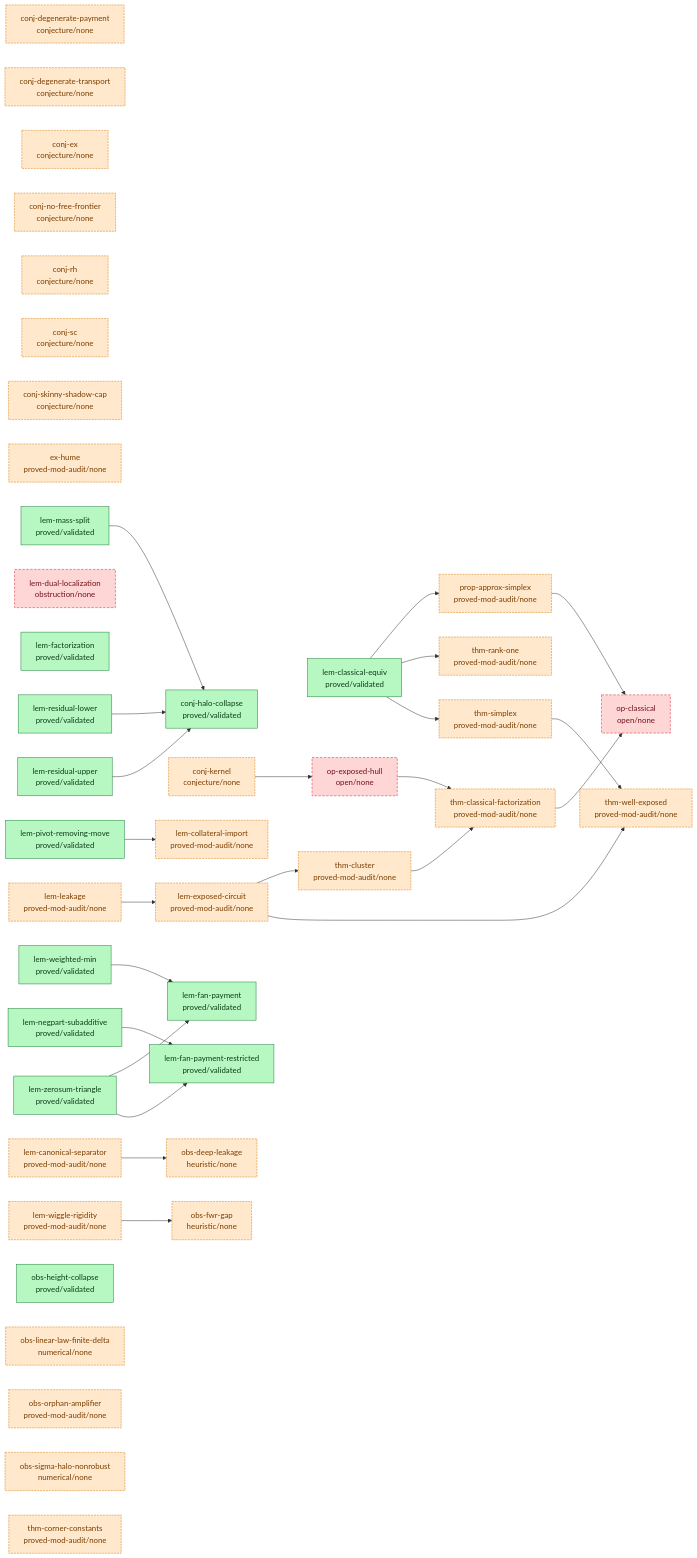
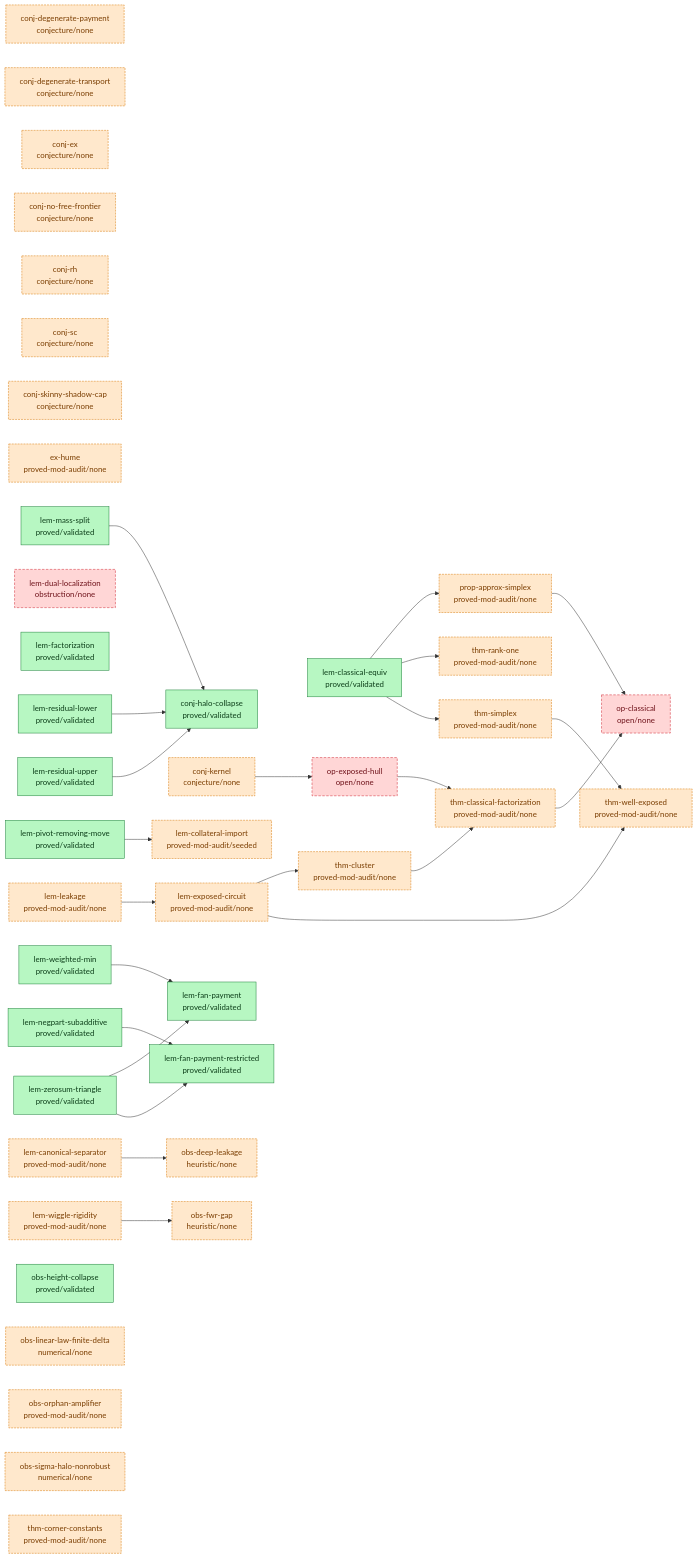
One commit to tobiasosborne/almost-idempotent-stochastic-maps changed the diagram in argument/DAG.md. Above: the diagram before and after it, drawn with Mermaid. The commit also changed 7 other files, not shown here.

First line of the commit message:
Seed af workspace for lem-collateral-import (af: none -> seeded)

````diff
--- a/argument/DAG.md
+++ b/argument/DAG.md
@@ -6,77 +6,77 @@
 ```mermaid
 graph LR
   classDef validated fill:#b7f7c2,stroke:#1a7f37,color:#0b3d18;
   classDef proved fill:#cfe3ff,stroke:#0969da,color:#0a3069;
   classDef seeded fill:#fff3c4,stroke:#bf8700,color:#5a4500;
   classDef stated fill:#eaecef,stroke:#8b949e,color:#24292f;
   classDef cited fill:#e7d6ff,stroke:#8250df,color:#3b1a73;
   classDef nonrigorous fill:#ffe8cc,stroke:#d97706,color:#7a3d00,stroke-dasharray:4 2;
   classDef open fill:#ffd6d6,stroke:#cf222e,color:#6e1119,stroke-dasharray:5 3;
   conj-degenerate-payment["conj-degenerate-payment<br/>conjecture/none"]
   conj-degenerate-transport["conj-degenerate-transport<br/>conjecture/none"]
   conj-ex["conj-ex<br/>conjecture/none"]
   conj-halo-collapse["conj-halo-collapse<br/>proved/validated"]
   conj-kernel["conj-kernel<br/>conjecture/none"]
   conj-no-free-frontier["conj-no-free-frontier<br/>conjecture/none"]
   conj-rh["conj-rh<br/>conjecture/none"]
   conj-sc["conj-sc<br/>conjecture/none"]
   conj-skinny-shadow-cap["conj-skinny-shadow-cap<br/>conjecture/none"]
   ex-hume["ex-hume<br/>proved-mod-audit/none"]
   lem-canonical-separator["lem-canonical-separator<br/>proved-mod-audit/none"]
   lem-classical-equiv["lem-classical-equiv<br/>proved/validated"]
-  lem-collateral-import["lem-collateral-import<br/>proved-mod-audit/none"]
+  lem-collateral-import["lem-collateral-import<br/>proved-mod-audit/seeded"]
   lem-dual-localization["lem-dual-localization<br/>obstruction/none"]
   lem-exposed-circuit["lem-exposed-circuit<br/>proved-mod-audit/none"]
   lem-factorization["lem-factorization<br/>proved/validated"]
   lem-fan-payment["lem-fan-payment<br/>proved/validated"]
   lem-fan-payment-restricted["lem-fan-payment-restricted<br/>proved/validated"]
   lem-leakage["lem-leakage<br/>proved-mod-audit/none"]
   lem-mass-split["lem-mass-split<br/>proved/validated"]
   lem-negpart-subadditive["lem-negpart-subadditive<br/>proved/validated"]
   lem-pivot-removing-move["lem-pivot-removing-move<br/>proved/validated"]
   lem-residual-lower["lem-residual-lower<br/>proved/validated"]
   lem-residual-upper["lem-residual-upper<br/>proved/validated"]
   lem-weighted-min["lem-weighted-min<br/>proved/validated"]
   lem-wiggle-rigidity["lem-wiggle-rigidity<br/>proved-mod-audit/none"]
   lem-zerosum-triangle["lem-zerosum-triangle<br/>proved/validated"]
   obs-deep-leakage["obs-deep-leakage<br/>heuristic/none"]
   obs-fwr-gap["obs-fwr-gap<br/>heuristic/none"]
   obs-height-collapse["obs-height-collapse<br/>proved/validated"]
   obs-linear-law-finite-delta["obs-linear-law-finite-delta<br/>numerical/none"]
   obs-orphan-amplifier["obs-orphan-amplifier<br/>proved-mod-audit/none"]
   obs-sigma-halo-nonrobust["obs-sigma-halo-nonrobust<br/>numerical/none"]
   op-classical["op-classical<br/>open/none"]
   op-exposed-hull["op-exposed-hull<br/>open/none"]
   prop-approx-simplex["prop-approx-simplex<br/>proved-mod-audit/none"]
   thm-classical-factorization["thm-classical-factorization<br/>proved-mod-audit/none"]
   thm-cluster["thm-cluster<br/>proved-mod-audit/none"]
   thm-corner-constants["thm-corner-constants<br/>proved-mod-audit/none"]
   thm-rank-one["thm-rank-one<br/>proved-mod-audit/none"]
   thm-simplex["thm-simplex<br/>proved-mod-audit/none"]
   thm-well-exposed["thm-well-exposed<br/>proved-mod-audit/none"]
   conj-kernel --> op-exposed-hull
   lem-canonical-separator --> obs-deep-leakage
   lem-classical-equiv --> prop-approx-simplex
   lem-classical-equiv --> thm-rank-one
   lem-classical-equiv --> thm-simplex
   lem-exposed-circuit --> thm-cluster
   lem-exposed-circuit --> thm-well-exposed
   lem-leakage --> lem-exposed-circuit
   lem-mass-split --> conj-halo-collapse
   lem-negpart-subadditive --> lem-fan-payment-restricted
   lem-pivot-removing-move --> lem-collateral-import
   lem-residual-lower --> conj-halo-collapse
   lem-residual-upper --> conj-halo-collapse
   lem-weighted-min --> lem-fan-payment
   lem-wiggle-rigidity --> obs-fwr-gap
   lem-zerosum-triangle --> lem-fan-payment
   lem-zerosum-triangle --> lem-fan-payment-restricted
   op-exposed-hull --> thm-classical-factorization
   prop-approx-simplex --> op-classical
   thm-classical-factorization --> op-classical
   thm-cluster --> thm-classical-factorization
   thm-simplex --> thm-well-exposed
   class conj-halo-collapse,lem-classical-equiv,lem-factorization,lem-fan-payment,lem-fan-payment-restricted,lem-mass-split,lem-negpart-subadditive,lem-pivot-removing-move,lem-residual-lower,lem-residual-upper,lem-weighted-min,lem-zerosum-triangle,obs-height-collapse validated;
   class conj-degenerate-payment,conj-degenerate-transport,conj-ex,conj-kernel,conj-no-free-frontier,conj-rh,conj-sc,conj-skinny-shadow-cap,ex-hume,lem-canonical-separator,lem-collateral-import,lem-exposed-circuit,lem-leakage,lem-wiggle-rigidity,obs-deep-leakage,obs-fwr-gap,obs-linear-law-finite-delta,obs-orphan-amplifier,obs-sigma-halo-nonrobust,prop-approx-simplex,thm-classical-factorization,thm-cluster,thm-corner-constants,thm-rank-one,thm-simplex,thm-well-exposed nonrigorous;
   class lem-dual-localization,op-classical,op-exposed-hull open;
 ```
````
